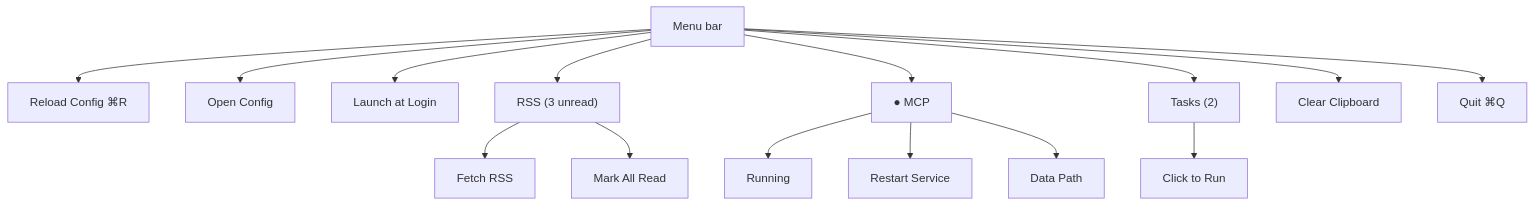
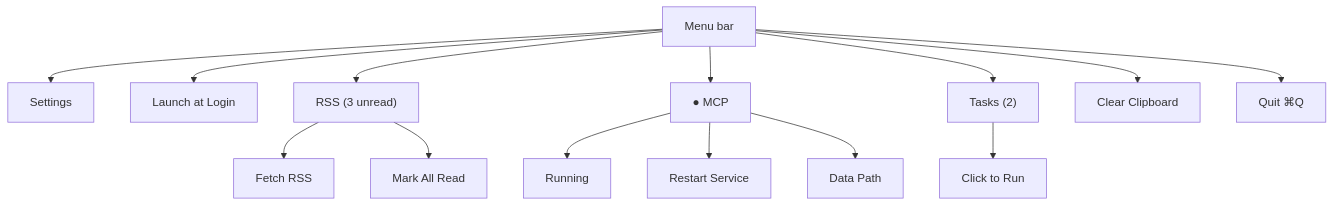
One commit to yuanyxh/utility changed the second of 6 diagrams in README.md. Above: the diagram before and after it, drawn with Mermaid. The commit also changed other lines of this file and 11 other files, not shown here.

First line of the commit message:
feat(settings): consolidate config entry points into settings

````diff
--- a/README.md
+++ b/README.md
@@ -326,18 +326,17 @@
 ```mermaid
 flowchart TD
   menu["Menu bar"]
-  menu --> reload["Reload Config ⌘R"]
-  menu --> open["Open Config"]
+  menu --> settings["Settings"]
   menu --> login["Launch at Login"]
   menu --> rss["RSS (3 unread)"]
   rss --> fetch["Fetch RSS"]
   rss --> read["Mark All Read"]
   menu --> mcp["● MCP"]
   mcp --> status["Running"]
   mcp --> restart["Restart Service"]
   mcp --> path["Data Path"]
   menu --> tasks["Tasks (2)"]
   tasks --> run["Click to Run"]
   menu --> clear["Clear Clipboard"]
   menu --> quit["Quit ⌘Q"]
 ```
````
